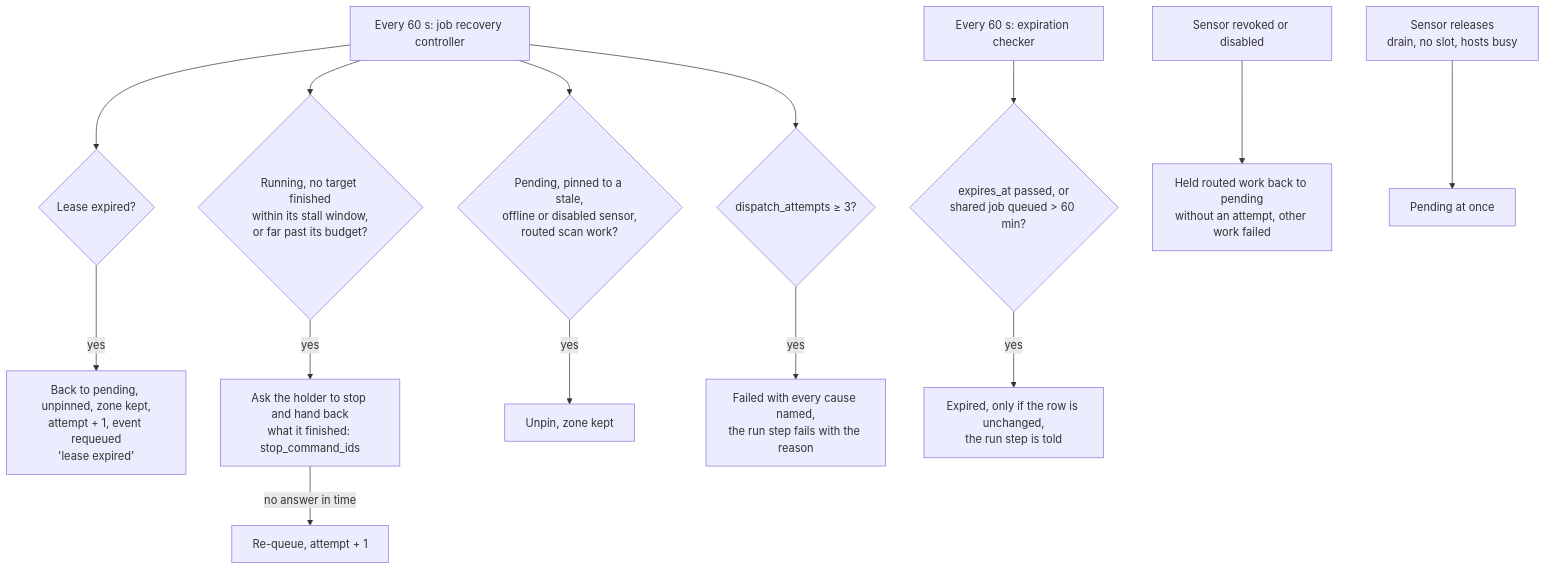
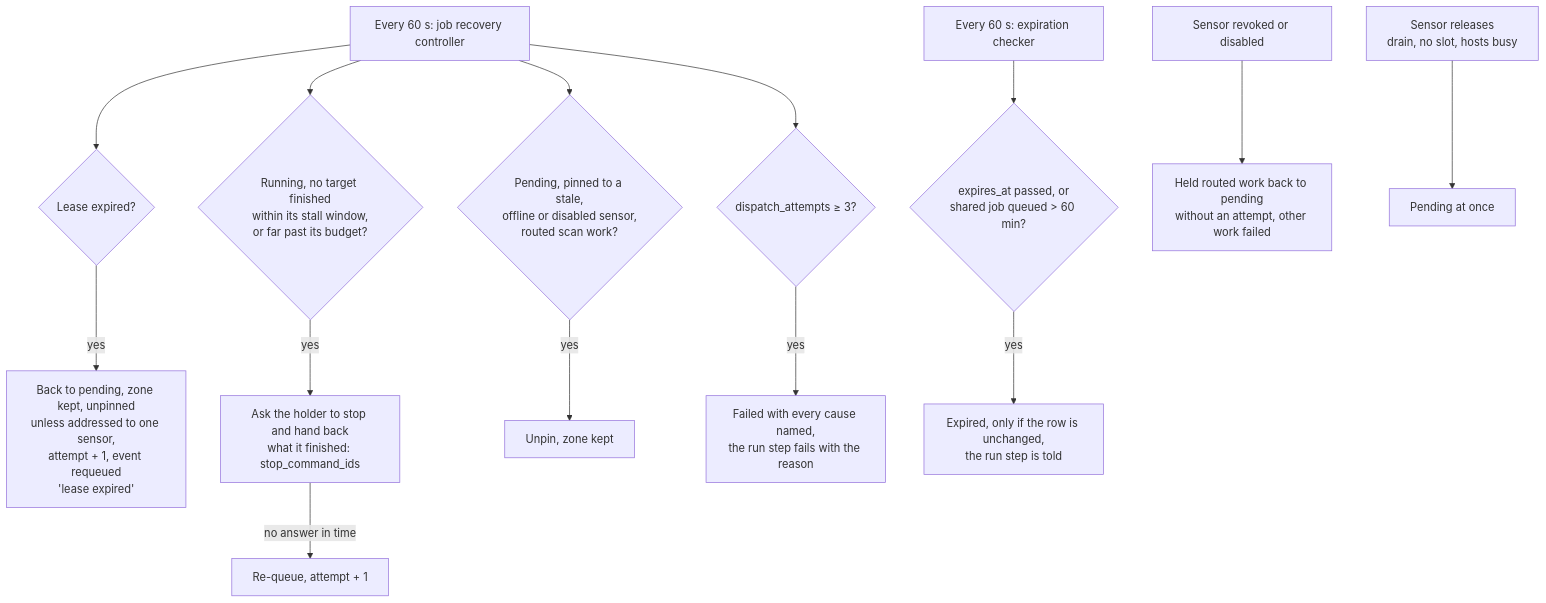
The seventh of 8 diagrams in api/docs/architecture/job-dispatch.md (openctemio/openctem), drawn with Mermaid before and after one commit. The commit also changed other lines of this file and 15 other files, not shown here.

First line of the commit message:
docs(sensors): one end-to-end sensor and platform workflow with its failure paths

````diff
--- a/api/docs/architecture/job-dispatch.md
+++ b/api/docs/architecture/job-dispatch.md
@@ -384,16 +386,16 @@
 ```mermaid
 flowchart TD
   T[Every 60 s: job recovery controller] --> L{Lease expired?}
-  L -- yes --> RQ[Back to pending, unpinned, zone kept,<br/>attempt + 1, event requeued<br/>'lease expired']
+  L -- yes --> RQ[Back to pending, zone kept, unpinned<br/>unless addressed to one sensor,<br/>attempt + 1, event requeued<br/>'lease expired']
   T --> ST{Running, no target finished<br/>within its stall window,<br/>or far past its budget?}
   ST -- yes --> STOP[Ask the holder to stop and hand back<br/>what it finished: stop_command_ids]
   STOP -->|no answer in time| RQ2[Re-queue, attempt + 1]
   T --> PIN{Pending, pinned to a stale,<br/>offline or disabled sensor,<br/>routed scan work?}
   PIN -- yes --> UNPIN[Unpin, zone kept]
   T --> PO{dispatch_attempts ≥ 3?}
   PO -- yes --> FAIL[Failed with every cause named,<br/>the run step fails with the reason]
   E[Every 60 s: expiration checker] --> EX{expires_at passed, or<br/>shared job queued > 60 min?}
   EX -- yes --> EXP[Expired, only if the row is unchanged,<br/>the run step is told]
   RV[Sensor revoked or disabled] --> REL[Held routed work back to pending<br/>without an attempt, other work failed]
   RL[Sensor releases<br/>drain, no slot, hosts busy] --> RLS[Pending at once]
 ```
````
